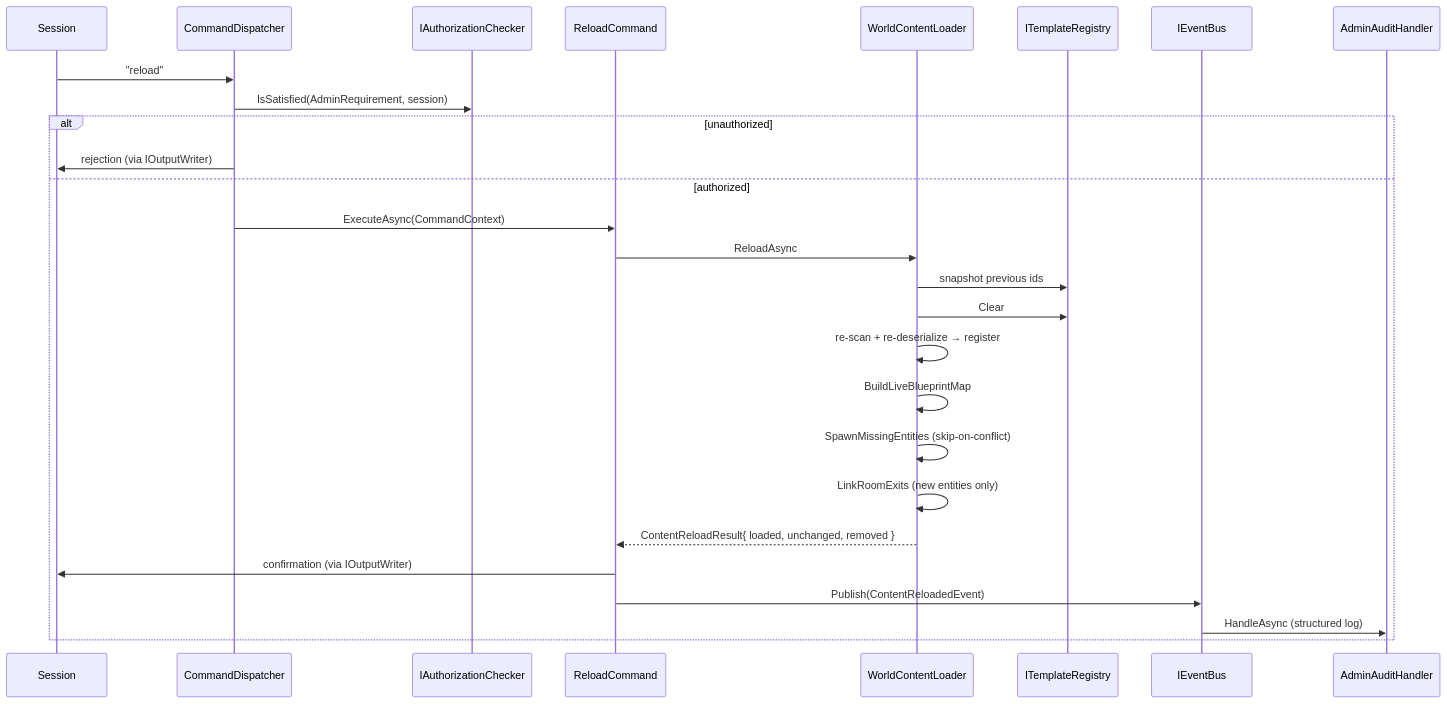
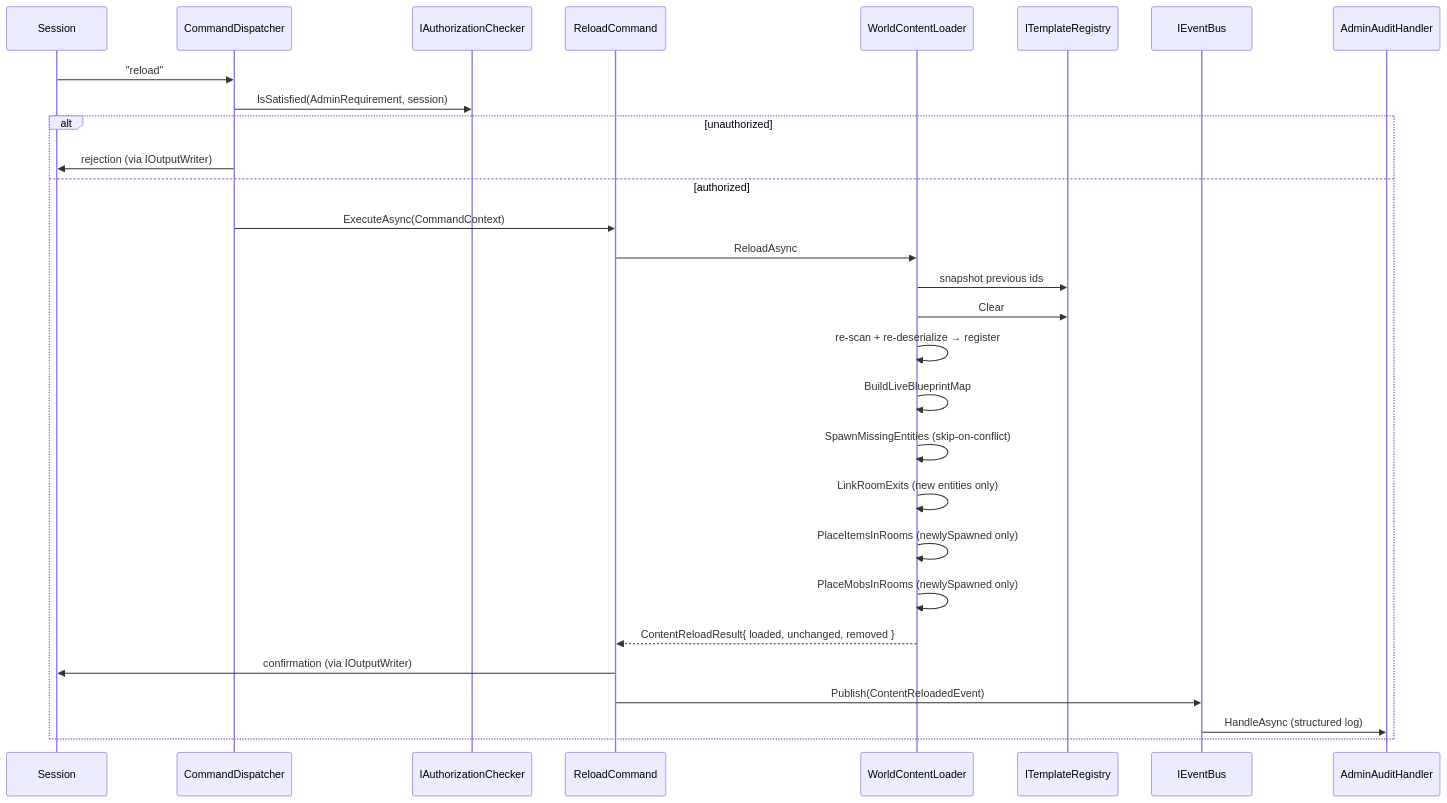
The fifth of 15 diagrams in docs/architecture/flows/README.md (dmbyer/Hedron), drawn with Mermaid before and after one commit. The commit also changed other lines of this file and 28 other files, not shown here.

````diff
--- a/docs/architecture/flows/README.md
+++ b/docs/architecture/flows/README.md
@@ -292,30 +295,32 @@
 ```mermaid
 sequenceDiagram
     participant Session
     participant CD as CommandDispatcher
     participant Auth as IAuthorizationChecker
     participant RC as ReloadCommand
     participant WCL as WorldContentLoader
     participant Reg as ITemplateRegistry
     participant Bus as IEventBus
     participant Audit as AdminAuditHandler
 
     Session->>CD: "reload"
     CD->>Auth: IsSatisfied(AdminRequirement, session)
     alt unauthorized
         CD->>Session: rejection (via IOutputWriter)
     else authorized
         CD->>RC: ExecuteAsync(CommandContext)
         RC->>WCL: ReloadAsync
         WCL->>Reg: snapshot previous ids
         WCL->>Reg: Clear
         WCL->>WCL: re-scan + re-deserialize → register
         WCL->>WCL: BuildLiveBlueprintMap
         WCL->>WCL: SpawnMissingEntities (skip-on-conflict)
         WCL->>WCL: LinkRoomExits (new entities only)
+        WCL->>WCL: PlaceItemsInRooms (newlySpawned only)
+        WCL->>WCL: PlaceMobsInRooms (newlySpawned only)
         WCL-->>RC: ContentReloadResult{ loaded, unchanged, removed }
         RC->>Session: confirmation (via IOutputWriter)
         RC->>Bus: Publish(ContentReloadedEvent)
         Bus->>Audit: HandleAsync (structured log)
     end
 ```
````
